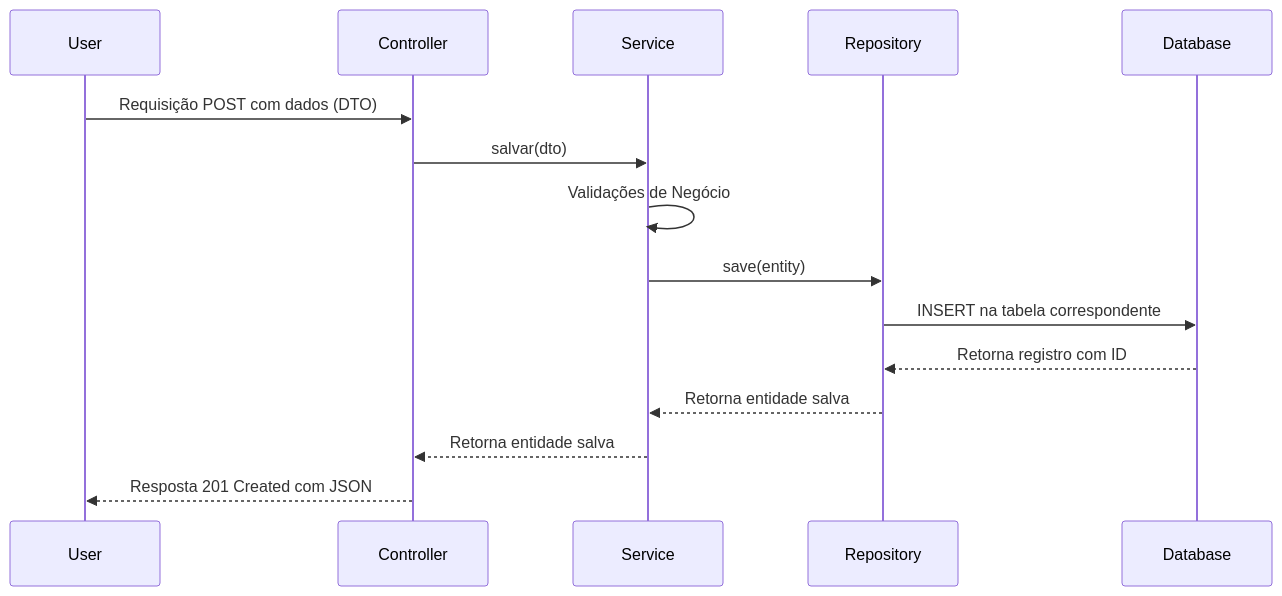
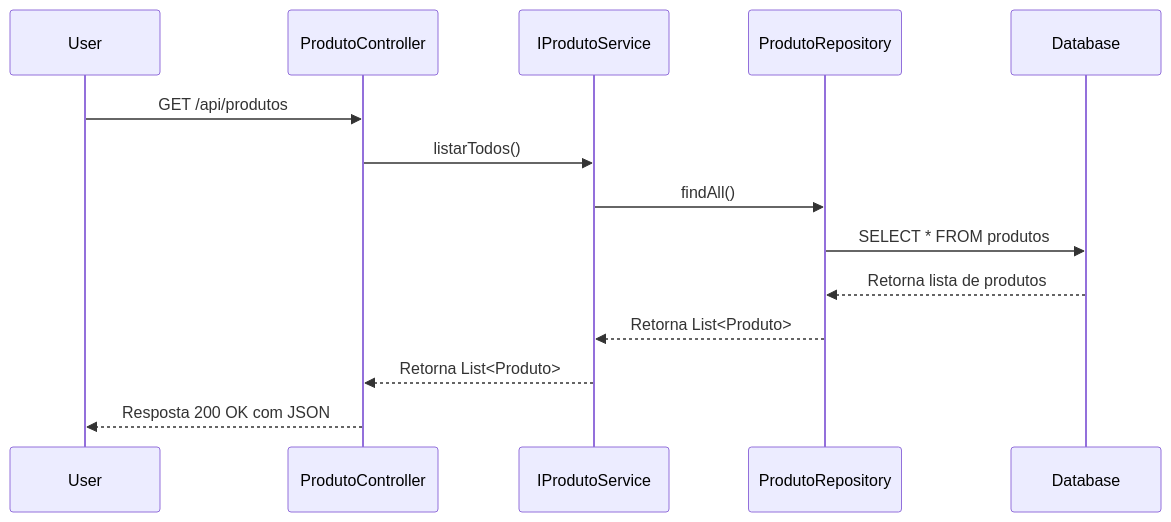
Before and after one commit to iagobrdev/orders-bootcamp: the sixth of 6 diagrams in DESENHO_ARQUITETURAL.md, drawn with Mermaid. The commit also changed other lines of this file, not shown here.

````diff
--- a/DESENHO_ARQUITETURAL.md
+++ b/DESENHO_ARQUITETURAL.md
@@ -272,18 +271,17 @@
 ```mermaid
 sequenceDiagram
     participant User
-    participant Controller
-    participant Service
-    participant Repository
-    participant Database
+    participant Controller as ProdutoController
+    participant Service as IProdutoService
+    participant Repository as ProdutoRepository
+    participant DB as Database
 
-    User->>Controller: Requisição POST com dados (DTO)
-    Controller->>Service: salvar(dto)
-    Service->>Service: Validações de Negócio
-    Service->>Repository: save(entity)
-    Repository->>Database: INSERT na tabela correspondente
-    Database-->>Repository: Retorna registro com ID
-    Repository-->>Service: Retorna entidade salva
-    Service-->>Controller: Retorna entidade salva
-    Controller-->>User: Resposta 201 Created com JSON
+    User->>Controller: GET /api/produtos
+    Controller->>Service: listarTodos()
+    Service->>Repository: findAll()
+    Repository->>DB: SELECT * FROM produtos
+    DB-->>Repository: Retorna lista de produtos
+    Repository-->>Service: Retorna List<Produto>
+    Service-->>Controller: Retorna List<Produto>
+    Controller-->>User: Resposta 200 OK com JSON
 ```
````
